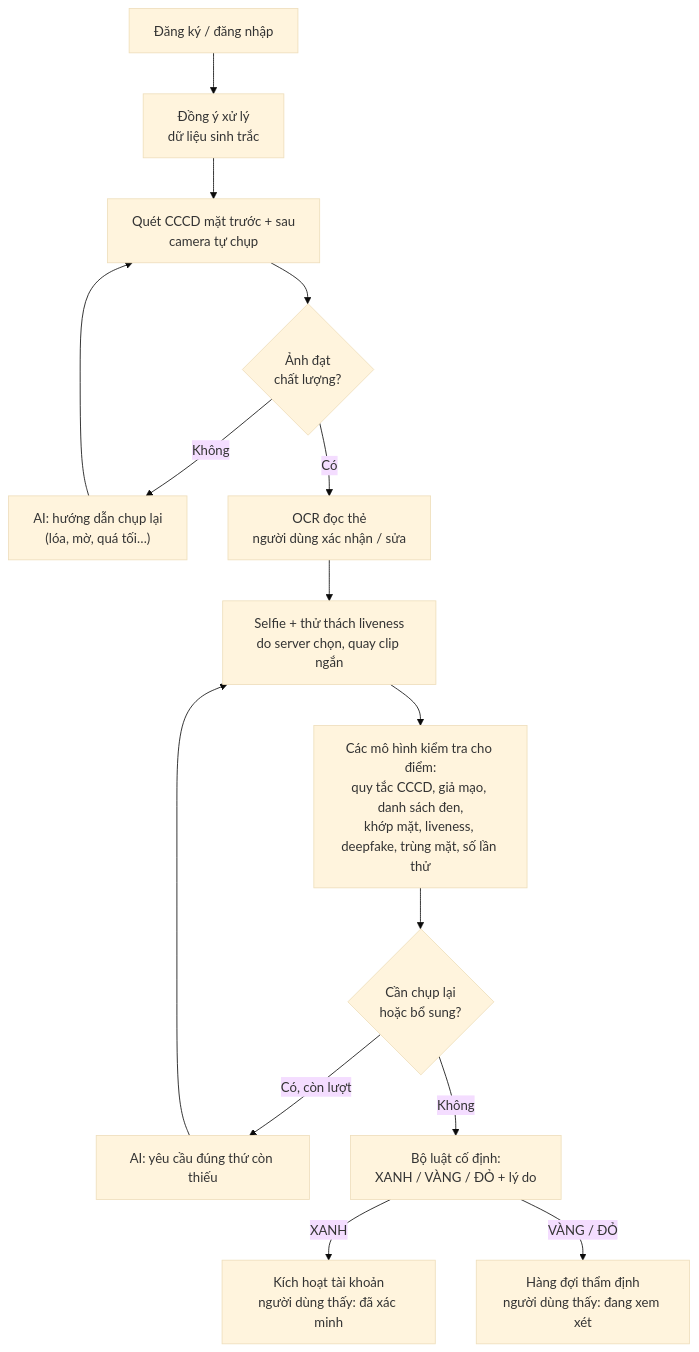
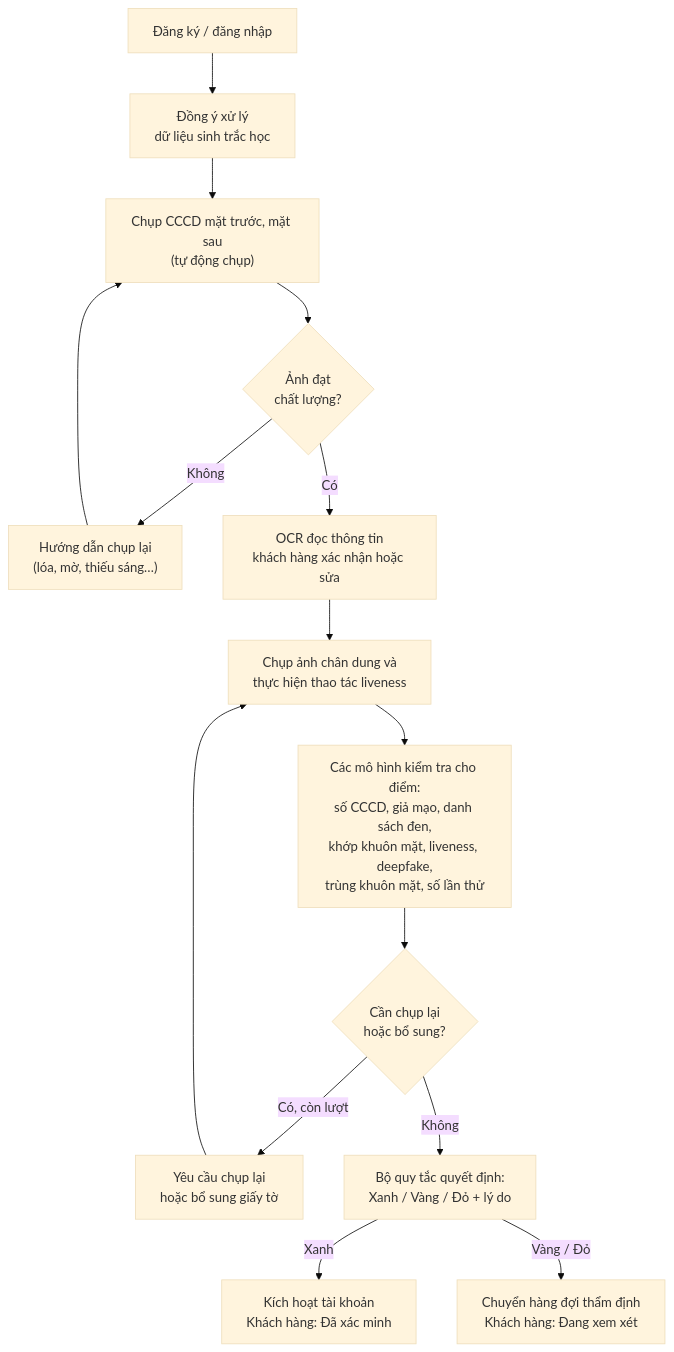
Before and after one commit to shoxieje/T163-fintech-agentic-kyc-aml-prd: the second of 4 diagrams in README.md, drawn with Mermaid (base theme). The commit also changed other lines of this file, not shown here.

````diff
--- a/README.md
+++ b/README.md
@@ -122,15 +134,15 @@
 ```mermaid
 flowchart TD
-  A["Đăng ký / đăng nhập"] --> B["Đồng ý xử lý<br/>dữ liệu sinh trắc"]
-  B --> C["Quét CCCD mặt trước + sau<br/>camera tự chụp"]
+  A["Đăng ký / đăng nhập"] --> B["Đồng ý xử lý<br/>dữ liệu sinh trắc học"]
+  B --> C["Chụp CCCD mặt trước, mặt sau<br/>(tự động chụp)"]
   C --> Q{"Ảnh đạt<br/>chất lượng?"}
-  Q -->|Không| RC["AI: hướng dẫn chụp lại<br/>(lóa, mờ, quá tối…)"] --> C
-  Q -->|Có| O["OCR đọc thẻ<br/>người dùng xác nhận / sửa"]
-  O --> S["Selfie + thử thách liveness<br/>do server chọn, quay clip ngắn"]
-  S --> K["Các mô hình kiểm tra cho điểm:<br/>quy tắc CCCD, giả mạo, danh sách đen,<br/>khớp mặt, liveness, deepfake, trùng mặt, số lần thử"]
+  Q -->|Không| RC["Hướng dẫn chụp lại<br/>(lóa, mờ, thiếu sáng…)"] --> C
+  Q -->|Có| O["OCR đọc thông tin<br/>khách hàng xác nhận hoặc sửa"]
+  O --> S["Chụp ảnh chân dung và<br/>thực hiện thao tác liveness"]
+  S --> K["Các mô hình kiểm tra cho điểm:<br/>số CCCD, giả mạo, danh sách đen,<br/>khớp khuôn mặt, liveness, deepfake,<br/>trùng khuôn mặt, số lần thử"]
   K --> N{"Cần chụp lại<br/>hoặc bổ sung?"}
-  N -->|Có, còn lượt| RS["AI: yêu cầu đúng thứ còn thiếu"] --> S
-  N -->|Không| P["Bộ luật cố định:<br/>XANH / VÀNG / ĐỎ + lý do"]
-  P -->|XANH| G["Kích hoạt tài khoản<br/>người dùng thấy: đã xác minh"]
-  P -->|VÀNG / ĐỎ| H["Hàng đợi thẩm định<br/>người dùng thấy: đang xem xét"]
+  N -->|Có, còn lượt| RS["Yêu cầu chụp lại<br/>hoặc bổ sung giấy tờ"] --> S
+  N -->|Không| P["Bộ quy tắc quyết định:<br/>Xanh / Vàng / Đỏ + lý do"]
+  P -->|Xanh| G["Kích hoạt tài khoản<br/>Khách hàng: Đã xác minh"]
+  P -->|Vàng / Đỏ| H["Chuyển hàng đợi thẩm định<br/>Khách hàng: Đang xem xét"]
 ```
````
